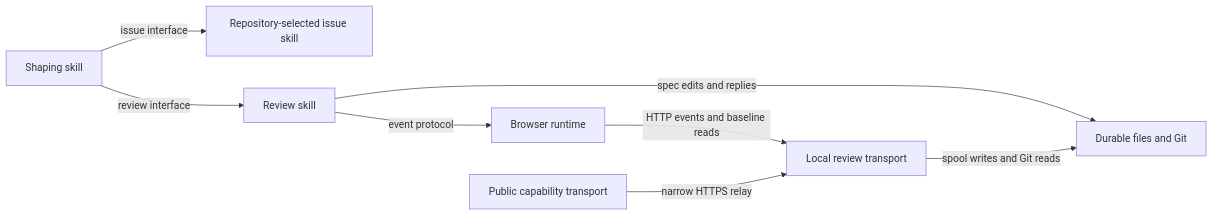
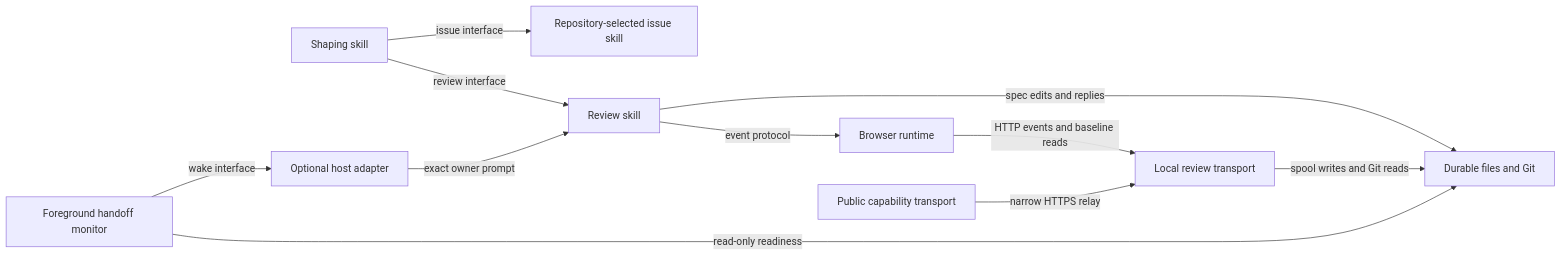
One commit to 0xTomDaniel/spec-chat changed the diagram in DESIGN.md. Above: the diagram before and after it, drawn with Mermaid. The commit also changed other lines of this file and 17 other files, not shown here.

First line of the commit message:
fix(review): bind handoffs to a wake owner

````diff
--- a/DESIGN.md
+++ b/DESIGN.md
@@ -82,10 +82,13 @@
 ```mermaid
 flowchart LR
   Shape[Shaping skill] -->|issue interface| Issue[Repository-selected issue skill]
   Shape -->|review interface| Review[Review skill]
   Review -->|event protocol| Browser[Browser runtime]
   Browser -->|HTTP events and baseline reads| Local[Local review transport]
   Review -->|spec edits and replies| Files[Durable files and Git]
   Local -->|spool writes and Git reads| Files
   Public[Public capability transport] -->|narrow HTTPS relay| Local
+  Monitor[Foreground handoff monitor] -->|read-only readiness| Files
+  Monitor -->|wake interface| Adapter[Optional host adapter]
+  Adapter -->|exact owner prompt| Review
 ```
````
